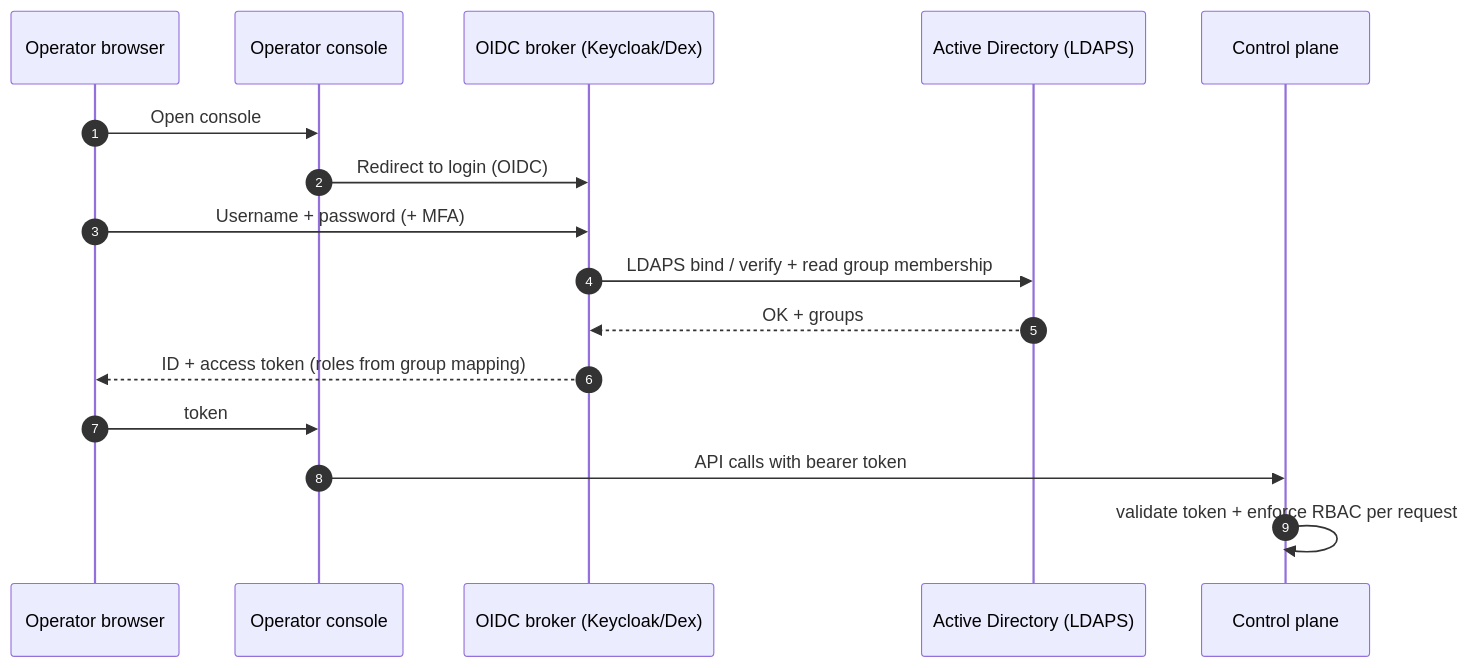
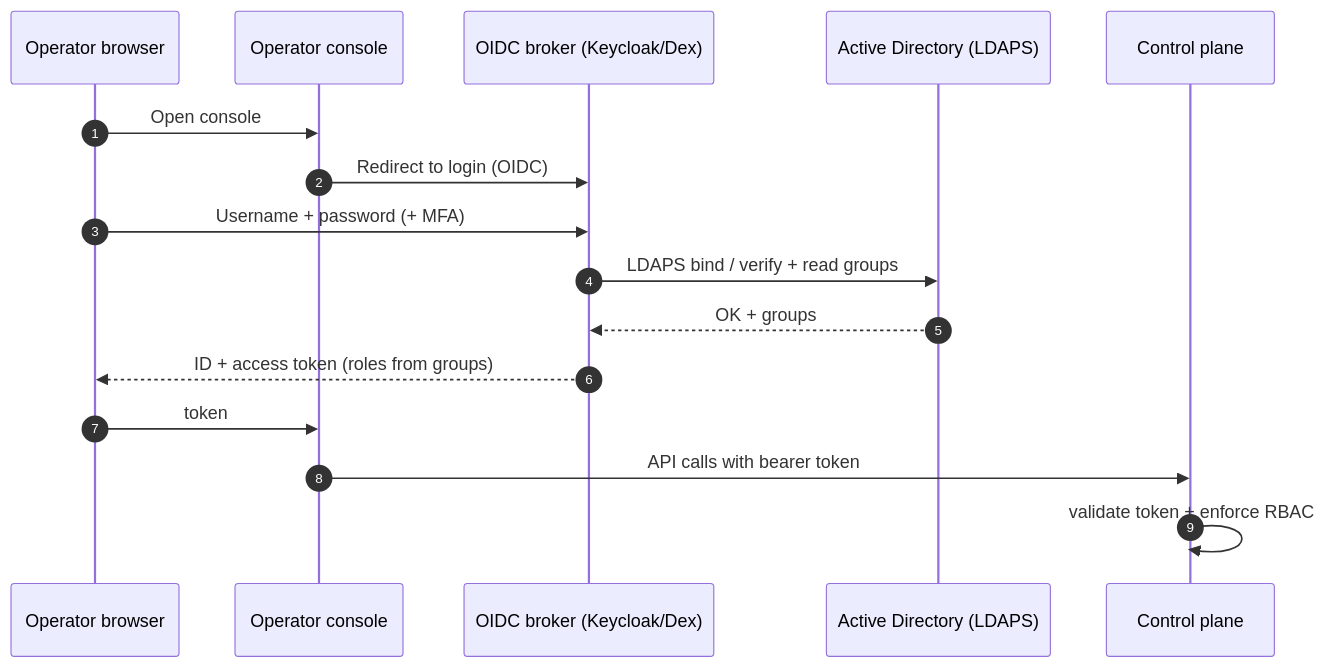
The diagram in docs/06-authentication-ldap.md (Manikanta-Reddy-Pasala/PXE-Boot-Design), drawn with Mermaid before and after one commit. The commit also changed other lines of this file and 11 other files, not shown here.

````diff
--- a/docs/06-authentication-ldap.md
+++ b/docs/06-authentication-ldap.md
@@ -12,19 +5,19 @@
 ```mermaid
 sequenceDiagram
   autonumber
   participant Op as Operator browser
   participant UI as Operator console
   participant BRK as OIDC broker (Keycloak/Dex)
   participant AD as Active Directory (LDAPS)
   participant API as Control plane
 
   Op->>UI: Open console
   UI->>BRK: Redirect to login (OIDC)
   Op->>BRK: Username + password (+ MFA)
-  BRK->>AD: LDAPS bind / verify + read group membership
+  BRK->>AD: LDAPS bind / verify + read groups
   AD-->>BRK: OK + groups
-  BRK-->>Op: ID + access token (roles from group mapping)
+  BRK-->>Op: ID + access token (roles from groups)
   Op->>UI: token
   UI->>API: API calls with bearer token
-  API->>API: validate token + enforce RBAC per request
+  API->>API: validate token + enforce RBAC
 ```
````
